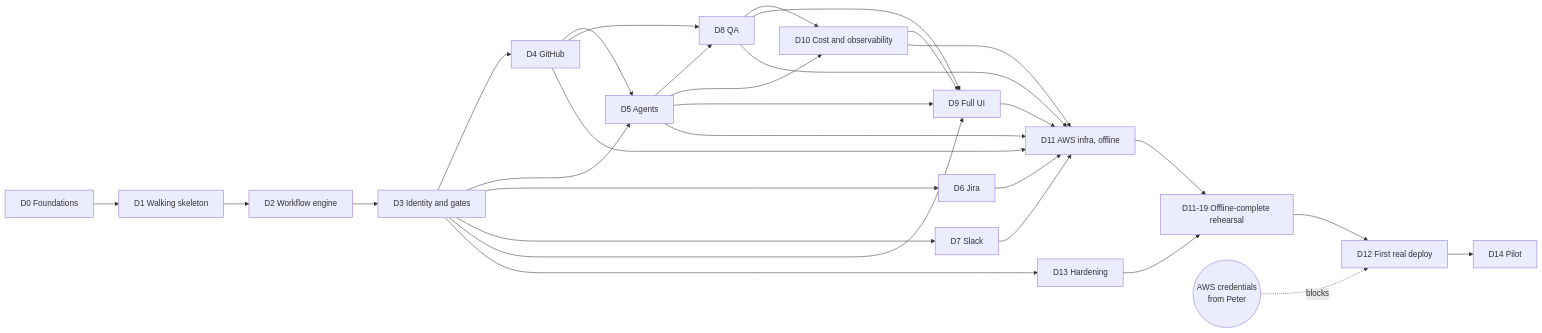
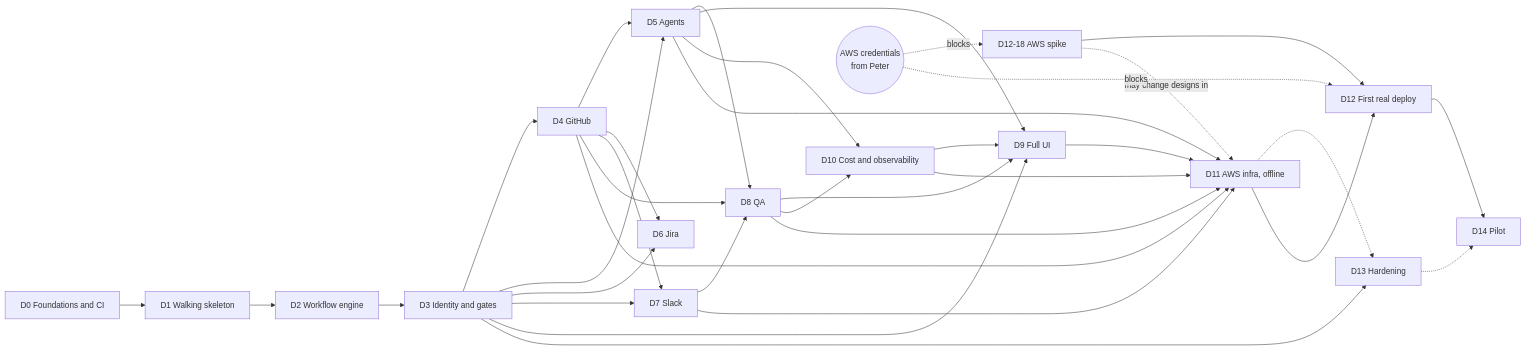
Before and after one commit to bamseynet/swe-ticket-orchestrator: the diagram in docs/STAGES.md, drawn with Mermaid. The commit also changed other lines of this file and 20 other files, not shown here.

````diff
--- a/docs/STAGES.md
+++ b/docs/STAGES.md
@@ -11,32 +11,37 @@
 ```mermaid
 flowchart LR
-    D0[D0 Foundations] --> D1[D1 Walking skeleton]
+    D0[D0 Foundations and CI] --> D1[D1 Walking skeleton]
     D1 --> D2[D2 Workflow engine]
     D2 --> D3[D3 Identity and gates]
     D3 --> D4[D4 GitHub]
     D3 --> D5[D5 Agents]
     D3 --> D6[D6 Jira]
     D3 --> D7[D7 Slack]
     D3 --> D9[D9 Full UI]
     D3 --> D13[D13 Hardening]
     D4 --> D5
+    D4 --> D6
+    D4 --> D7
     D4 --> D8[D8 QA]
     D5 --> D8
-    D5 --> D10[D10 Cost and observability]
-    D8 --> D10
+    D7 --> D8
     D5 --> D9
     D8 --> D9
+    D8 --> D10[D10 Cost and observability]
     D10 --> D9
+    D5 --> D10
     D4 --> D11[D11 AWS infra, offline]
     D5 --> D11
-    D6 --> D11
     D7 --> D11
     D8 --> D11
     D9 --> D11
     D10 --> D11
-    D13 --> REH[D11-19 Offline-complete rehearsal]
-    D11 --> REH
-    REH --> D12[D12 First real deploy]
-    CRED((AWS credentials<br/>from Peter)) -.->|blocks| D12
+    D11 -.-> D13
+    D11 --> D12[D12 First real deploy]
+    CRED((AWS credentials<br/>from Peter)) -.->|blocks| SPIKE[D12-18 AWS spike]
+    SPIKE --> D12
+    SPIKE -.->|may change designs in| D11
+    CRED -.->|blocks| D12
     D12 --> D14[D14 Pilot]
+    D13 -.-> D14
 ```
````
